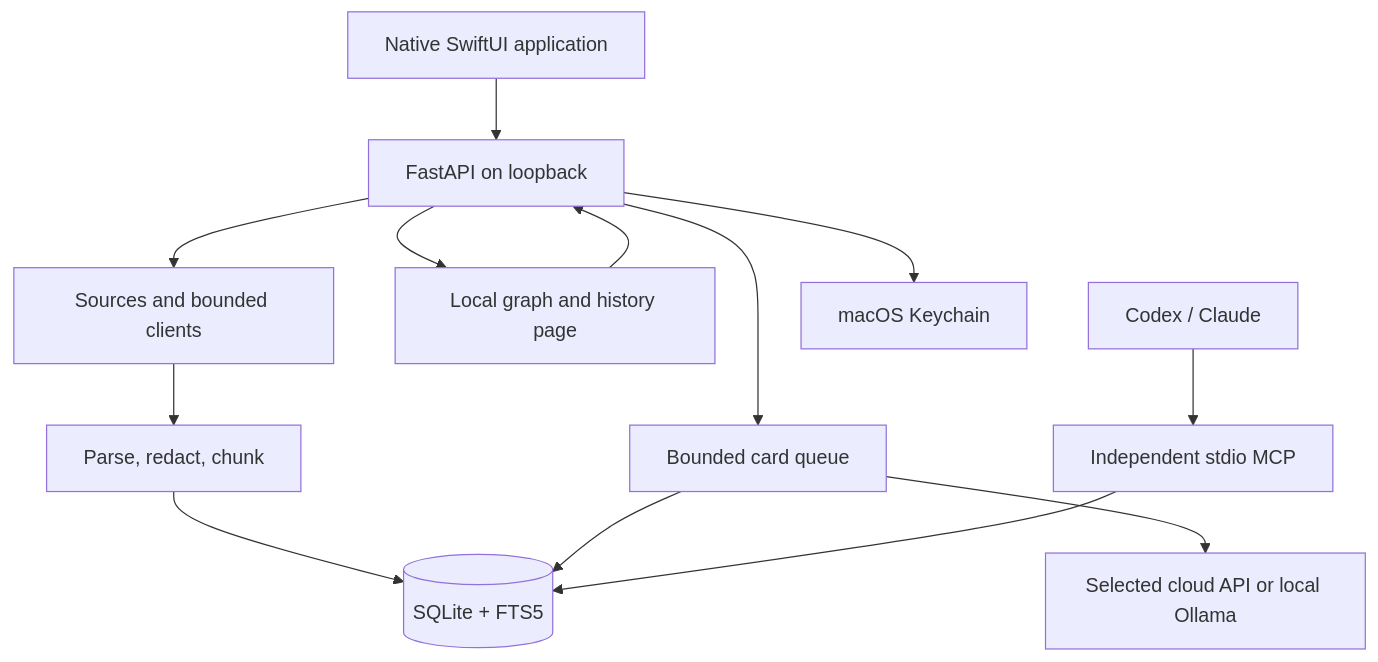
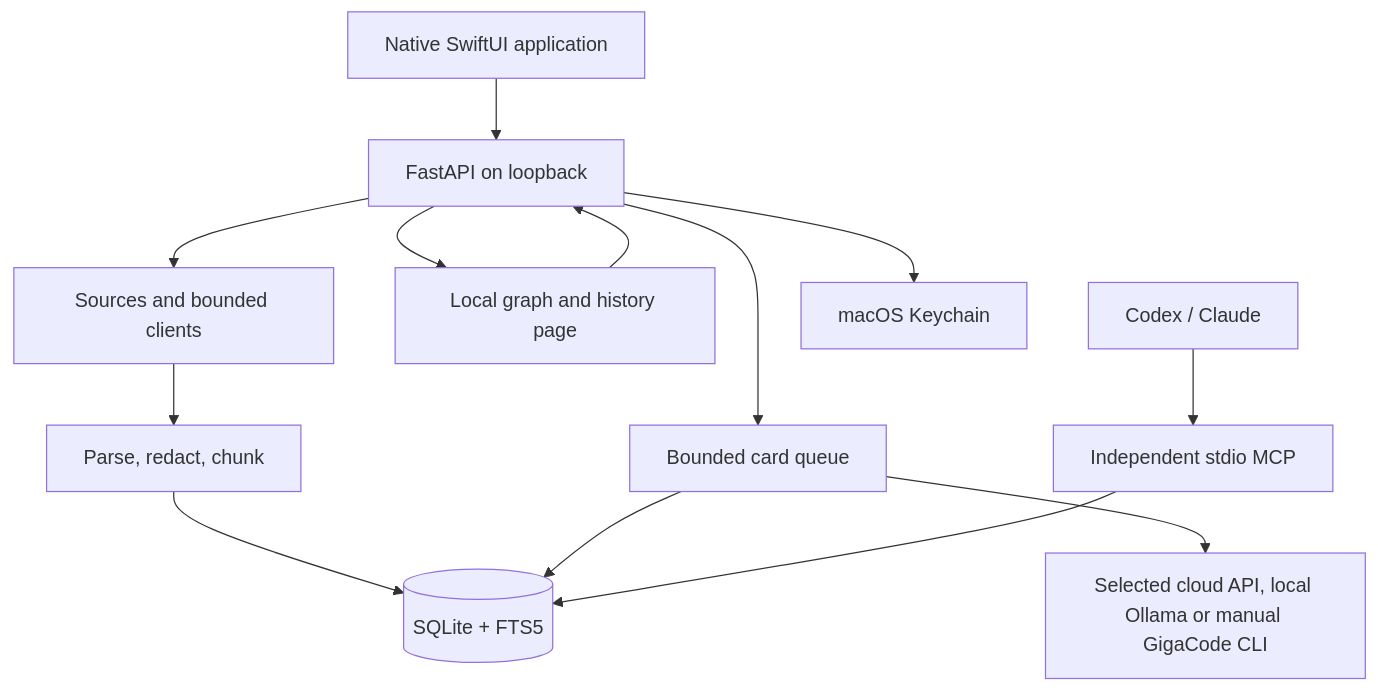
Before and after one commit to PandaTBE/second-brain: the diagram in docs/architecture.en.md, drawn with Mermaid. The commit also changed other lines of this file and 41 other files, not shown here.

Commit message:
feat: release Second Brain 0.3.0 with GigaCode CLI

````diff
--- a/docs/architecture.en.md
+++ b/docs/architecture.en.md
@@ -7,15 +7,15 @@
 ```mermaid
 flowchart TD
     UI[Native SwiftUI application] --> API[FastAPI on loopback]
     API --> Sources[Sources and bounded clients]
     Sources --> Import[Parse, redact, chunk]
     Import --> DB[(SQLite + FTS5)]
     API --> Cards[Bounded card queue]
-    Cards --> LLM[Selected cloud API or local Ollama]
+    Cards --> LLM[Selected cloud API, local Ollama or manual GigaCode CLI]
     Cards --> DB
     API --> Graph[Local graph and history page]
     Graph --> API
     MCP[Independent stdio MCP] --> DB
     Agents[Codex / Claude] --> MCP
     API --> Vault[macOS Keychain]
 ```
````
